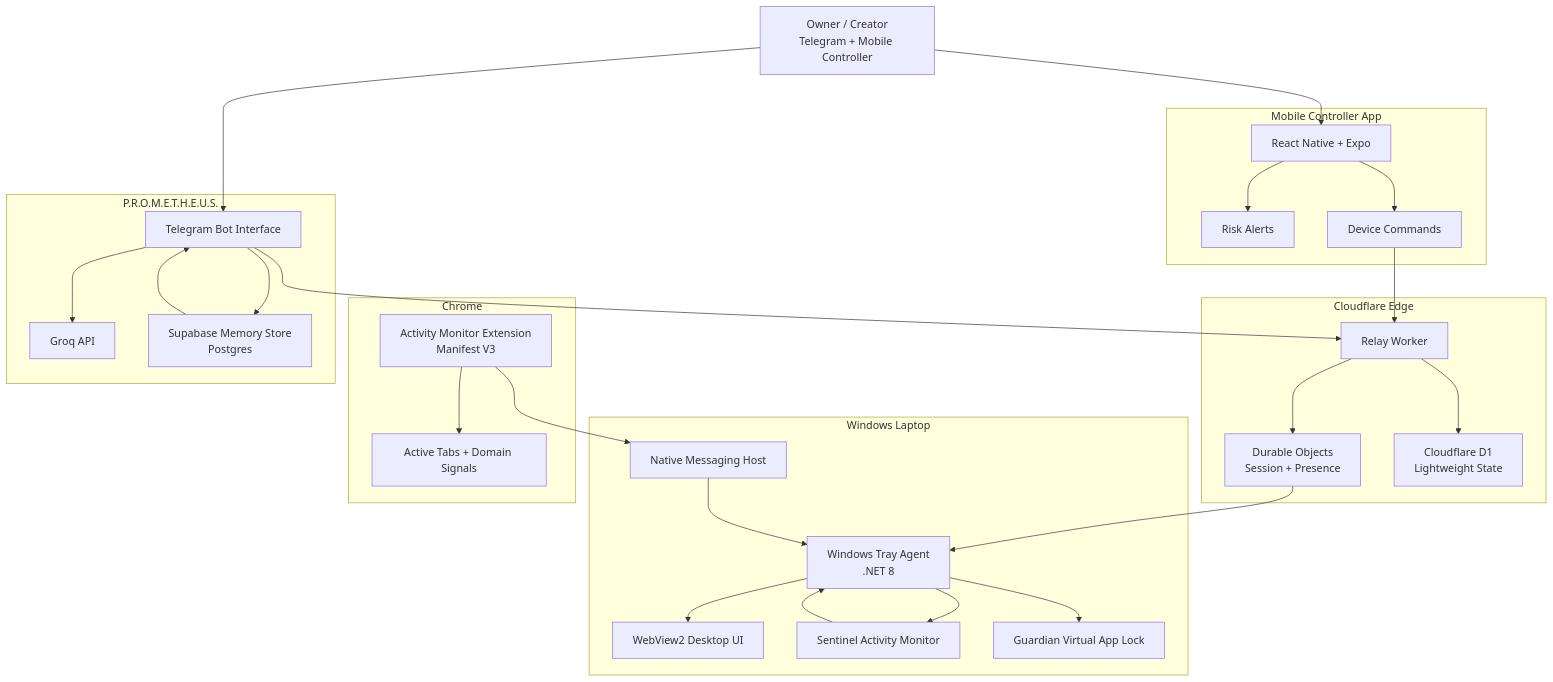
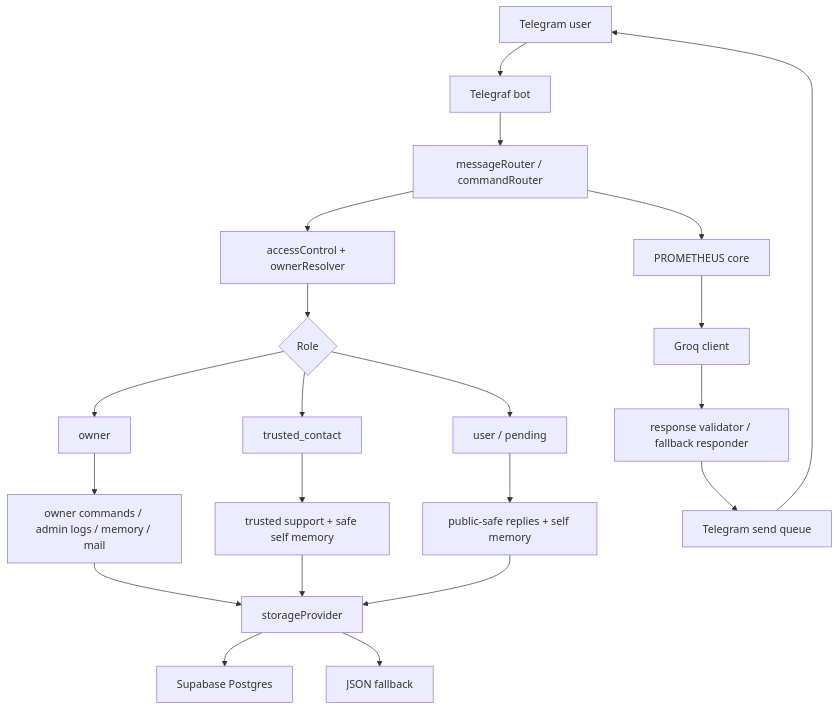
One commit to eswarb-dev/AegisDesk-PROMETHEUS-Agent changed the diagram in README.md. Above: the diagram before and after it, drawn with Mermaid. The commit also changed other lines of this file and 41 other files, not shown here.

Commit message:
Add coding mode provider fallback

````diff
--- a/README.md
+++ b/README.md
@@ -63,59 +27,28 @@
 ```mermaid
-flowchart TB
-  Owner["Owner / Creator<br/>Telegram + Mobile Controller"]
+flowchart TD
+  User["Telegram user"] --> Bot["Telegraf bot"]
+  Bot --> Router["messageRouter / commandRouter"]
+  Router --> Access["accessControl + ownerResolver"]
+  Access --> Role{"Role"}
 
-  subgraph Mobile["Mobile Controller App"]
-    Expo["React Native + Expo"]
-    Alerts["Risk Alerts"]
-    Commands["Device Commands"]
-  end
+  Role --> Owner["owner"]
+  Role --> Trusted["trusted_contact"]
+  Role --> Public["user / pending"]
 
-  subgraph Cloud["Cloudflare Edge"]
-    Worker["Relay Worker"]
-    DO["Durable Objects<br/>Session + Presence"]
-    D1["Cloudflare D1<br/>Lightweight State"]
-  end
+  Owner --> OwnerCommands["owner commands / admin logs / memory / mail"]
+  Trusted --> TrustedFlow["trusted support + safe self memory"]
+  Public --> PublicFlow["public-safe replies + self memory"]
 
-  subgraph Laptop["Windows Laptop"]
-    Agent["Windows Tray Agent<br/>.NET 8"]
-    DesktopUI["WebView2 Desktop UI"]
-    Sentinel["Sentinel Activity Monitor"]
-    Guardian["Guardian Virtual App Lock"]
-    NativeHost["Native Messaging Host"]
-  end
+  OwnerCommands --> Storage["storageProvider"]
+  TrustedFlow --> Storage
+  PublicFlow --> Storage
 
-  subgraph Browser["Chrome"]
-    Extension["Activity Monitor Extension<br/>Manifest V3"]
-    Tabs["Active Tabs + Domain Signals"]
-  end
+  Storage --> Supabase["Supabase Postgres"]
+  Storage --> Json["JSON fallback"]
 
-  subgraph Prometheus["P.R.O.M.E.T.H.E.U.S."]
-    Telegram["Telegram Bot Interface"]
-    Groq["Groq API"]
-    Memory["Supabase Memory Store<br/>Postgres"]
-  end
-
-  Owner --> Expo
-  Owner --> Telegram
-
-  Expo --> Commands
-  Expo --> Alerts
-  Commands --> Worker
-  Worker --> DO
-  Worker --> D1
-  DO --> Agent
-
-  Agent --> DesktopUI
-  Agent --> Sentinel
-  Agent --> Guardian
-  Sentinel --> Agent
-
-  Extension --> Tabs
-  Extension --> NativeHost
-  NativeHost --> Agent
-
-  Telegram --> Groq
-  Telegram --> Memory
-  Memory --> Telegram
-  Telegram --> Worker
+  Router --> Brain["PROMETHEUS core"]
+  Brain --> Groq["Groq client"]
+  Groq --> Validator["response validator / fallback responder"]
+  Validator --> SendQueue["Telegram send queue"]
+  SendQueue --> User
 ```
````
